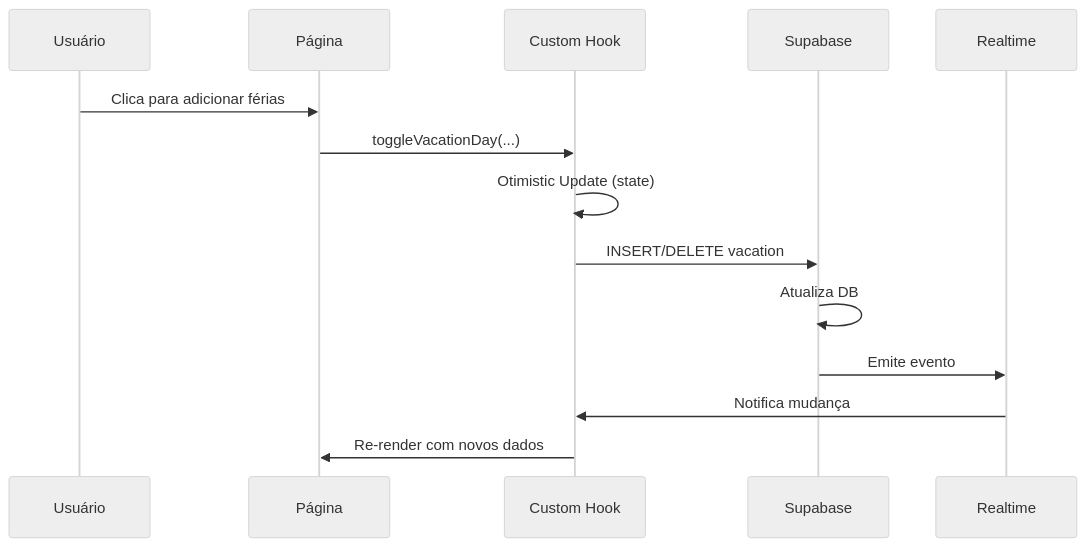
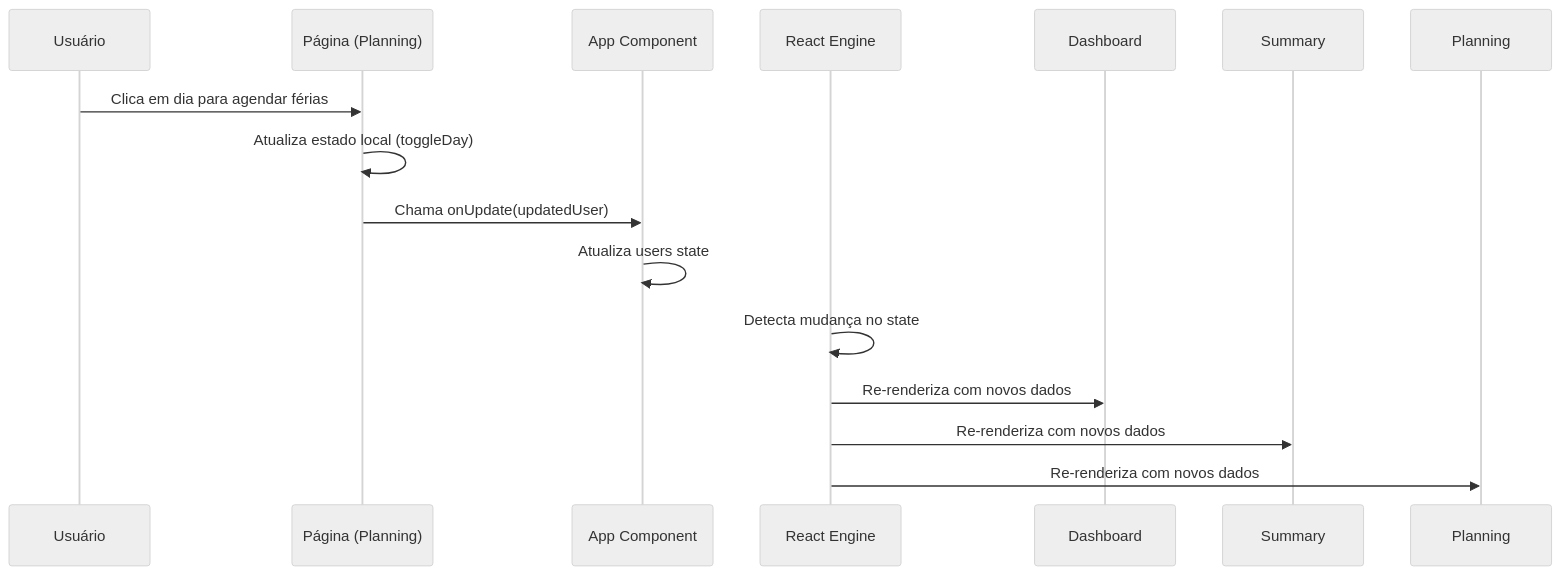
One commit to OlosLive/holidayGo changed the fourth of 11 diagrams in docs/ARCHITECTURE.md. Above: the diagram before and after it, drawn with Mermaid (neutral theme). The commit also changed other lines of this file and 8 other files, not shown here.

````diff
--- a/docs/ARCHITECTURE.md
+++ b/docs/ARCHITECTURE.md
@@ -466,17 +189,16 @@
 ```mermaid
 sequenceDiagram
     participant User as Usuário
-    participant Page as Página
-    participant Hook as Custom Hook
-    participant Supabase as Supabase
-    participant Realtime as Realtime
+    participant Page as Página (Planning)
+    participant App as App Component
+    participant React as React Engine
     
-    User->>Page: Clica para adicionar férias
-    Page->>Hook: toggleVacationDay(...)
-    Hook->>Hook: Otimistic Update (state)
-    Hook->>Supabase: INSERT/DELETE vacation
-    Supabase->>Supabase: Atualiza DB
-    Supabase->>Realtime: Emite evento
-    Realtime->>Hook: Notifica mudança
-    Hook->>Page: Re-render com novos dados
+    User->>Page: Clica em dia para agendar férias
+    Page->>Page: Atualiza estado local (toggleDay)
+    Page->>App: Chama onUpdate(updatedUser)
+    App->>App: Atualiza users state
+    React->>React: Detecta mudança no state
+    React->>Dashboard: Re-renderiza com novos dados
+    React->>Summary: Re-renderiza com novos dados
+    React->>Planning: Re-renderiza com novos dados
 ```
````
